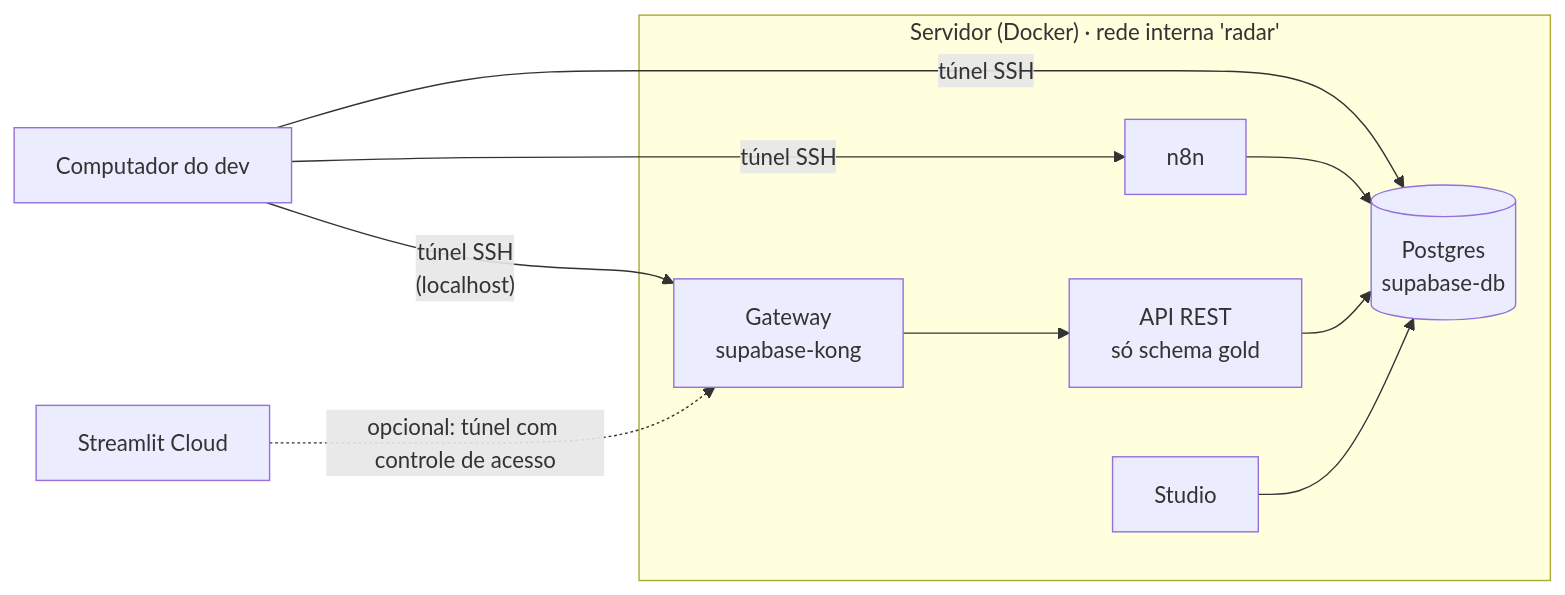
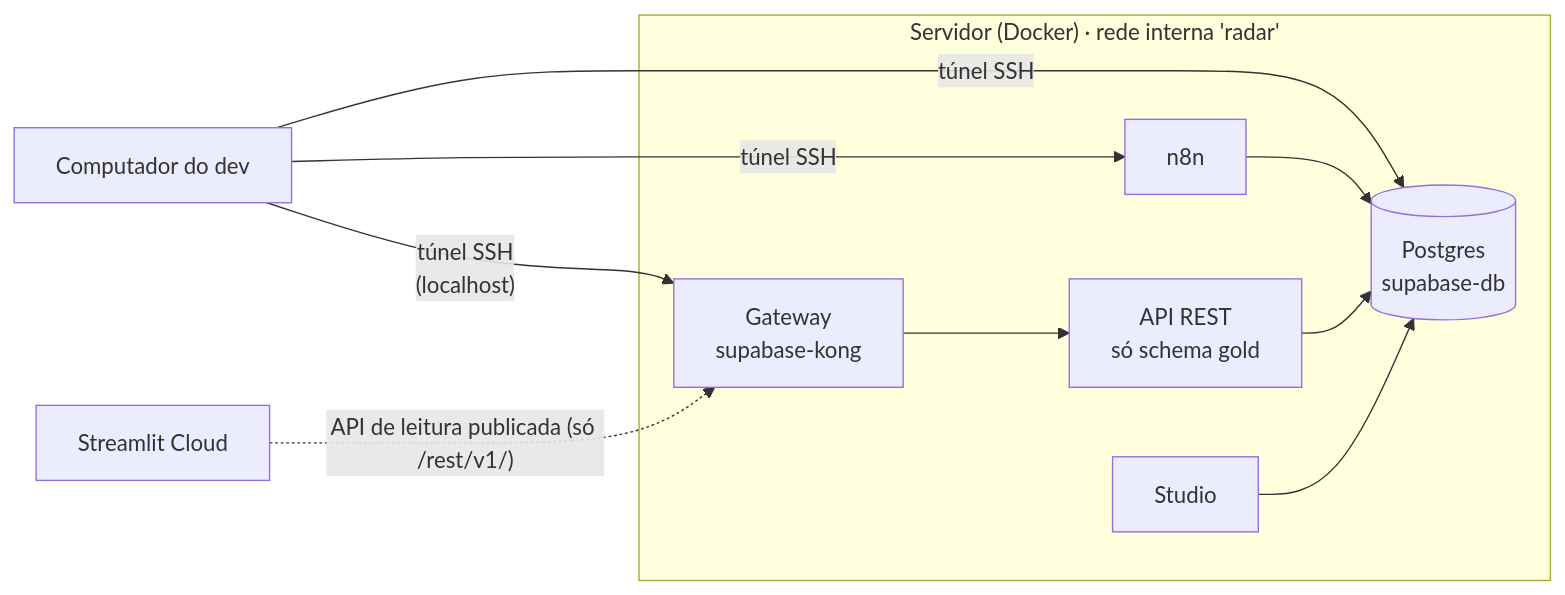
One commit to JJ-Junior/radar-expansao changed the diagram in docs/instalacao.md. Above: the diagram before and after it, drawn with Mermaid. The commit also changed other lines of this file and 6 other files, not shown here.

Commit message:
docs: acesso público só ao site e à API de leitura

````diff
--- a/docs/instalacao.md
+++ b/docs/instalacao.md
@@ -12,17 +12,17 @@
 ```mermaid
 flowchart LR
     subgraph Servidor["Servidor (Docker) · rede interna 'radar'"]
         DB[("Postgres<br/>supabase-db")]
         REST["API REST<br/>só schema gold"]
         KONG["Gateway<br/>supabase-kong"]
         STUDIO["Studio"]
         N8N["n8n"]
     end
     DEV["Computador do dev"] -- "túnel SSH<br/>(localhost)" --> KONG
     DEV -- "túnel SSH" --> DB
     DEV -- "túnel SSH" --> N8N
     N8N --> DB
     KONG --> REST --> DB
     STUDIO --> DB
-    APP["Streamlit Cloud"] -. "opcional: túnel com controle de acesso" .-> KONG
+    APP["Streamlit Cloud"] -. "API de leitura publicada (só /rest/v1/)" .-> KONG
 ```
````
